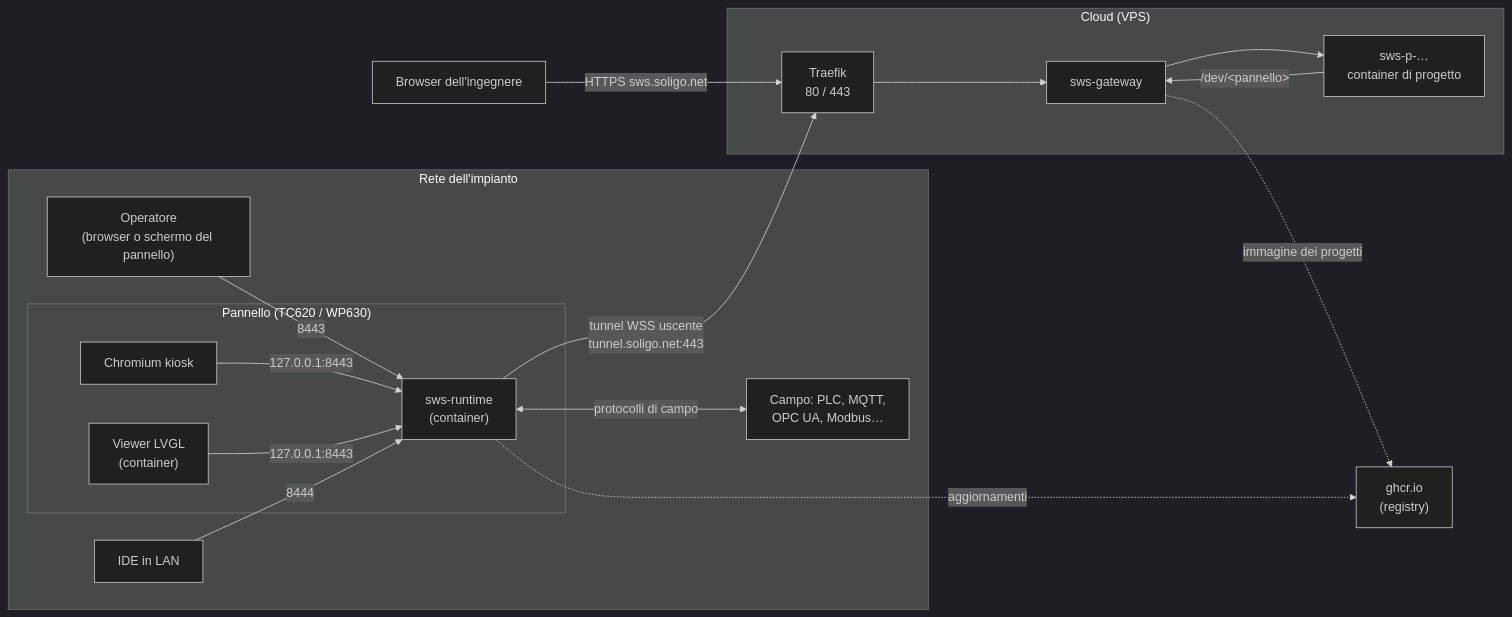
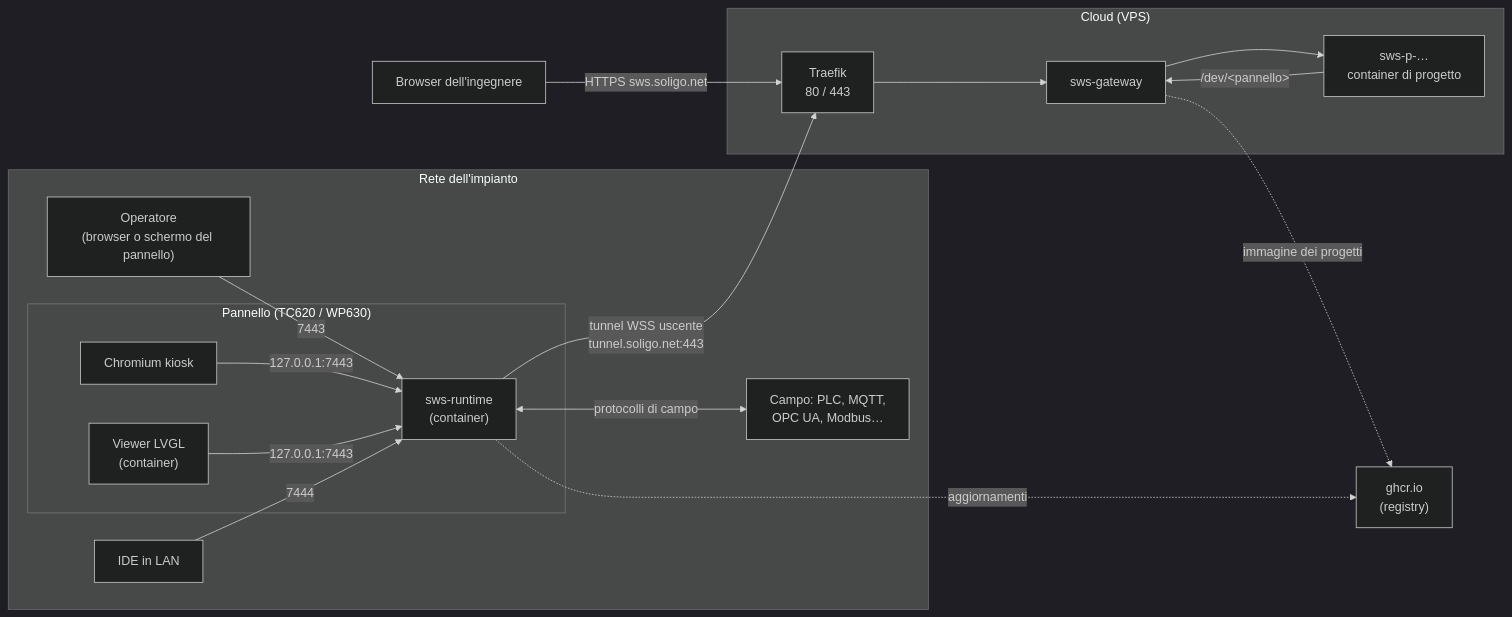
One commit to soligolab/sws changed the first of 7 diagrams in docs/manual/18_container_e_comunicazione.md. Above: the diagram before and after it, drawn with Mermaid (dark theme). The commit also changed other lines of this file and 88 other files, not shown here.

````diff
--- a/docs/manual/18_container_e_comunicazione.md
+++ b/docs/manual/18_container_e_comunicazione.md
@@ -27,33 +27,33 @@
 ```mermaid
 flowchart LR
   subgraph Impianto["Rete dell'impianto"]
     OP["Operatore<br/>(browser o schermo del pannello)"]
     subgraph Pannello["Pannello (TC620 / WP630)"]
       K["Chromium kiosk"]
       L["Viewer LVGL<br/>(container)"]
       R["sws-runtime<br/>(container)"]
     end
     CAMPO["Campo: PLC, MQTT,<br/>OPC UA, Modbus…"]
     IDEL["IDE in LAN"]
   end
   subgraph Cloud["Cloud (VPS)"]
     T["Traefik<br/>80 / 443"]
     G["sws-gateway"]
     P1["sws-p-…<br/>container di progetto"]
   end
   REG["ghcr.io<br/>(registry)"]
   BROW["Browser dell'ingegnere"]
 
-  OP -->|8443| R
-  K -->|127.0.0.1:8443| R
-  L -->|127.0.0.1:8443| R
+  OP -->|7443| R
+  K -->|127.0.0.1:7443| R
+  L -->|127.0.0.1:7443| R
   R <-->|protocolli di campo| CAMPO
-  IDEL -->|8444| R
+  IDEL -->|7444| R
   R -->|"tunnel WSS uscente<br/>tunnel.soligo.net:443"| T
   BROW -->|"HTTPS sws.soligo.net"| T
   T --> G
   G --> P1
   P1 -->|"/dev/&lt;pannello&gt;"| G
   R -.->|aggiornamenti| REG
   G -.->|immagine dei progetti| REG
 ```
````
